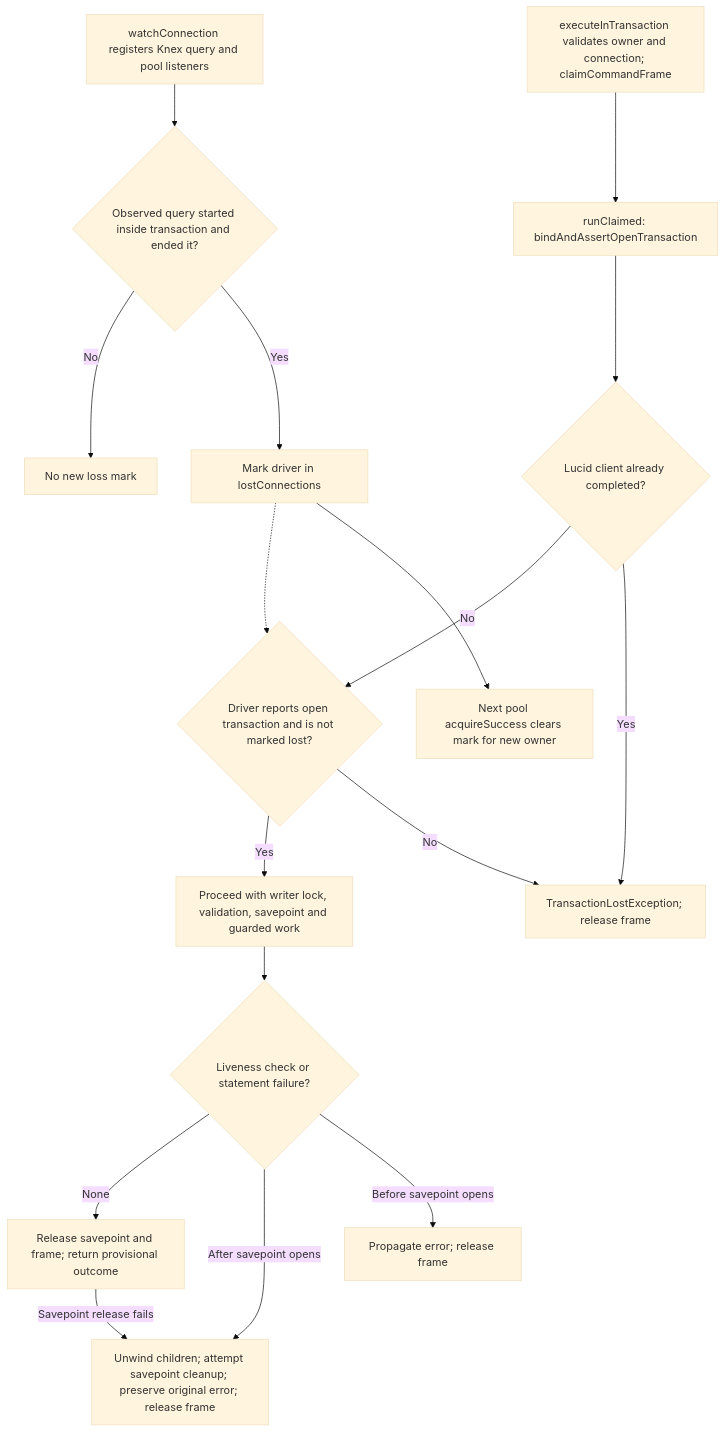
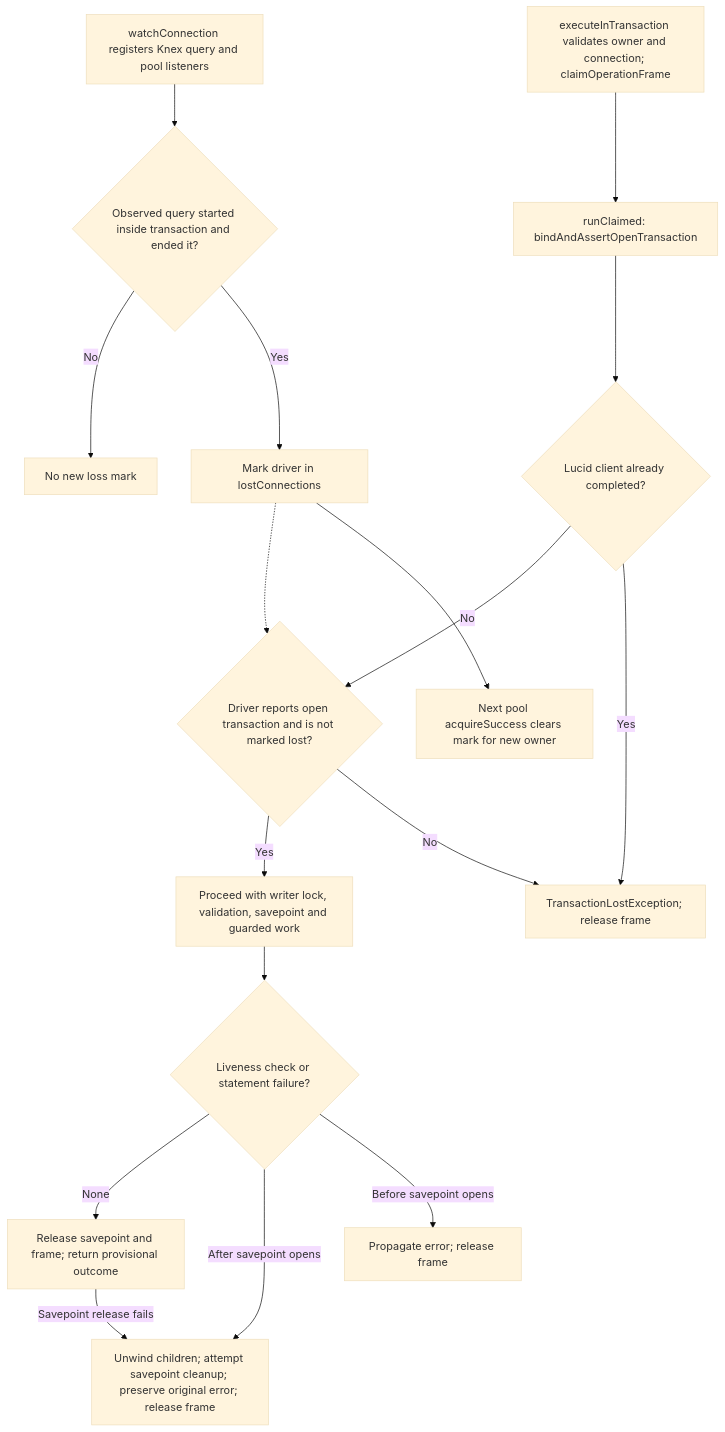
The second of 2 diagrams in user-stories/US-GUARD-06-recover-transaction.md (Kevinjohn/oss-adonisjs-duplicate-request-guard), drawn with Mermaid (base theme) before and after one commit. The commit also changed other lines of this file and 11 other files, not shown here.

````diff
--- a/user-stories/US-GUARD-06-recover-transaction.md
+++ b/user-stories/US-GUARD-06-recover-transaction.md
@@ -36,19 +36,19 @@
 ```mermaid
 flowchart TD
     W["watchConnection registers Knex query and pool listeners"] --> Q{"Observed query started inside transaction and ended it?"}
     Q -->|Yes| L["Mark driver in lostConnections"]
     Q -->|No| N["No new loss mark"]
     L --> R["Next pool acquireSuccess clears mark for new owner"]
-    A["executeInTransaction validates owner and connection; claimCommandFrame"] --> C["runClaimed: bindAndAssertOpenTransaction"]
+    A["executeInTransaction validates owner and connection; claimOperationFrame"] --> C["runClaimed: bindAndAssertOpenTransaction"]
     C --> K{"Lucid client already completed?"}
     K -->|Yes| E["TransactionLostException; release frame"]
     K -->|No| D{"Driver reports open transaction and is not marked lost?"}
     L -.-> D
     D -->|No| E
     D -->|Yes| F["Proceed with writer lock, validation, savepoint and guarded work"]
     F --> G{"Liveness check or statement failure?"}
     G -->|Before savepoint opens| E2["Propagate error; release frame"]
     G -->|After savepoint opens| H["Unwind children; attempt savepoint cleanup; preserve original error; release frame"]
     G -->|None| I["Release savepoint and frame; return provisional outcome"]
     I -->|Savepoint release fails| H
 ```
````
